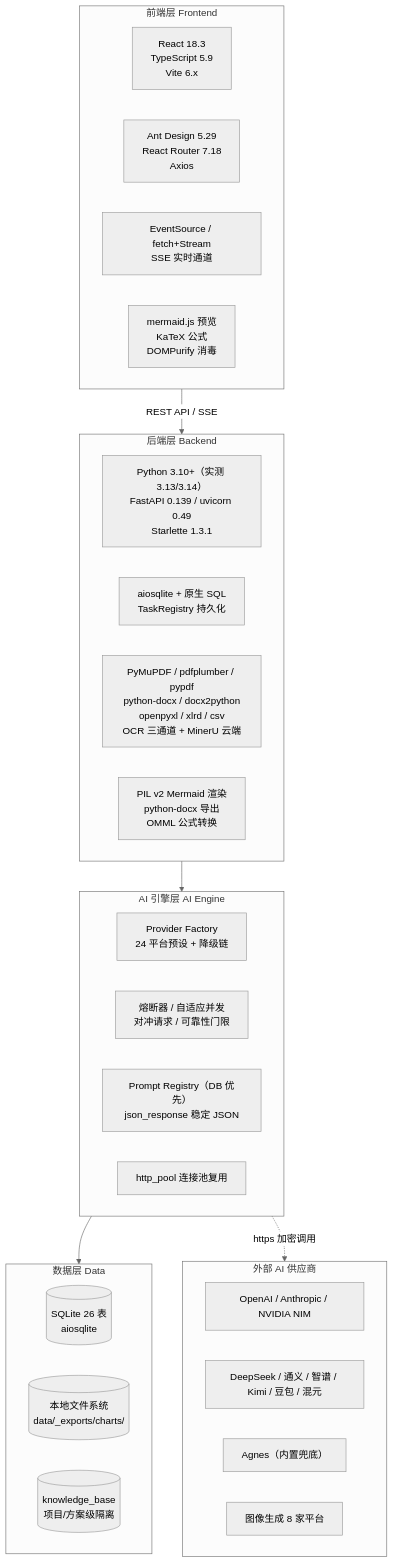
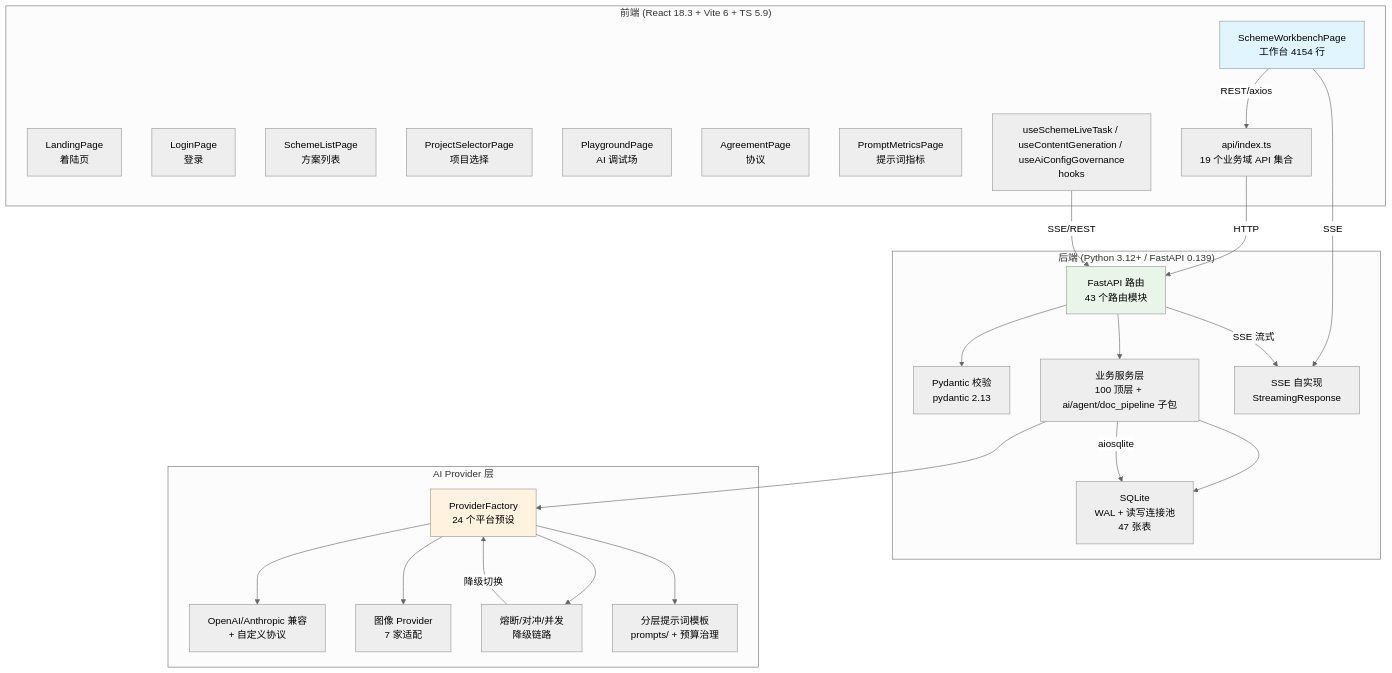
One commit to he-fei-ai/bidforge-jiangong changed the first of 34 diagrams in docs/技术架构文档.MD. Above: the diagram before and after it, drawn with Mermaid (neutral theme). The commit also changed other lines of this file and 2 other files, not shown here.

First line of the commit message:
docs: 主文档更新至 v5.4，合并 v5.3 图集并对齐 2026-11-09 实测数字

````diff
--- a/docs/技术架构文档.MD
+++ b/docs/技术架构文档.MD
@@ -72,41 +85,51 @@
 ```mermaid
-flowchart TB
-    subgraph FE["前端层 Frontend"]
-        direction LR
-        FE1["React 18.3<br/>TypeScript 5.9<br/>Vite 6.x"]
-        FE2["Ant Design 5.29<br/>React Router 7.18<br/>Axios"]
-        FE3["EventSource / fetch+Stream<br/>SSE 实时通道"]
-        FE4["mermaid.js 预览<br/>KaTeX 公式<br/>DOMPurify 消毒"]
+graph TB
+    subgraph Frontend["前端 (React 18.3 + Vite 6 + TS 5.9)"]
+        A1[LandingPage<br/>着陆页]
+        A2[LoginPage<br/>登录]
+        A3[SchemeListPage<br/>方案列表]
+        A4[SchemeWorkbenchPage<br/>工作台 4154 行]
+        A5[ProjectSelectorPage<br/>项目选择]
+        A6[PlaygroundPage<br/>AI 调试场]
+        A7[AgreementPage<br/>协议]
+        A8[PromptMetricsPage<br/>提示词指标]
+        A9[api/index.ts<br/>19 个业务域 API 集合]
+        A10[useSchemeLiveTask / useContentGeneration / useAiConfigGovernance<br/>hooks]
     end
-    subgraph BE["后端层 Backend"]
-        direction LR
-        BE1["Python 3.10+（实测 3.13/3.14）<br/>FastAPI 0.139 / uvicorn 0.49<br/>Starlette 1.3.1"]
-        BE2["aiosqlite + 原生 SQL<br/>TaskRegistry 持久化"]
-        BE3["PyMuPDF / pdfplumber / pypdf<br/>python-docx / docx2python<br/>openpyxl / xlrd / csv<br/>OCR 三通道 + MinerU 云端"]
-        BE4["PIL v2 Mermaid 渲染<br/>python-docx 导出<br/>OMML 公式转换"]
+
+    subgraph Backend["后端 (Python 3.12+ / FastAPI 0.139)"]
+        B1[FastAPI 路由<br/>43 个路由模块]
+        B2[Pydantic 校验<br/>pydantic 2.13]
+        B3[业务服务层<br/>100 顶层 + ai/agent/doc_pipeline 子包]
+        B4[SQLite<br/>WAL + 读写连接池<br/>47 张表]
+        B5[SSE 自实现<br/>StreamingResponse]
     end
-    subgraph AIE["AI 引擎层 AI Engine"]
-        direction LR
-        AI1["Provider Factory<br/>24 平台预设 + 降级链"]
-        AI2["熔断器 / 自适应并发<br/>对冲请求 / 可靠性门限"]
-        AI3["Prompt Registry（DB 优先）<br/>json_response 稳定 JSON"]
-        AI4["http_pool 连接池复用"]
+
+    subgraph AI["AI Provider 层"]
+        C1[ProviderFactory<br/>24 个平台预设]
+        C2[OpenAI/Anthropic 兼容<br/>+ 自定义协议]
+        C3[图像 Provider<br/>7 家适配]
+        C4[熔断/对冲/并发<br/>降级链路]
+        C5[分层提示词模板<br/>prompts/ + 预算治理]
     end
-    subgraph DS["数据层 Data"]
-        direction LR
-        D1[("SQLite 26 表<br/>aiosqlite")]
-        D2[("本地文件系统<br/>data/_exports/charts/")]
-        D3[("knowledge_base<br/>项目/方案级隔离")]
-    end
-    FE -->|"REST API / SSE"| BE
-    BE --> AIE
-    AIE --> DS
-    subgraph EXT["外部 AI 供应商"]
-        direction LR
-        E1["OpenAI / Anthropic / NVIDIA NIM"]
-        E2["DeepSeek / 通义 / 智谱 / Kimi / 豆包 / 混元"]
-        E3["Agnes（内置兜底）"]
-        E4["图像生成 8 家平台"]
-    end
-    AIE -.->|"https 加密调用"| EXT
+
+    A4 -->|REST/axios| A9
+    A4 -->|SSE| B5
+    A9 -->|HTTP| B1
+    A10 -->|SSE/REST| B1
+    B1 --> B2
+    B1 --> B3
+    B3 --> B4
+    B3 -->|aiosqlite| B4
+    B1 -->|SSE 流式| B5
+    B3 --> C1
+    C1 --> C2
+    C1 --> C3
+    C1 --> C4
+    C1 --> C5
+    C4 -->|降级切换| C1
+
+    style A4 fill:#e1f5fe
+    style B1 fill:#e8f5e8
+    style C1 fill:#fff3e0
 ```
````
